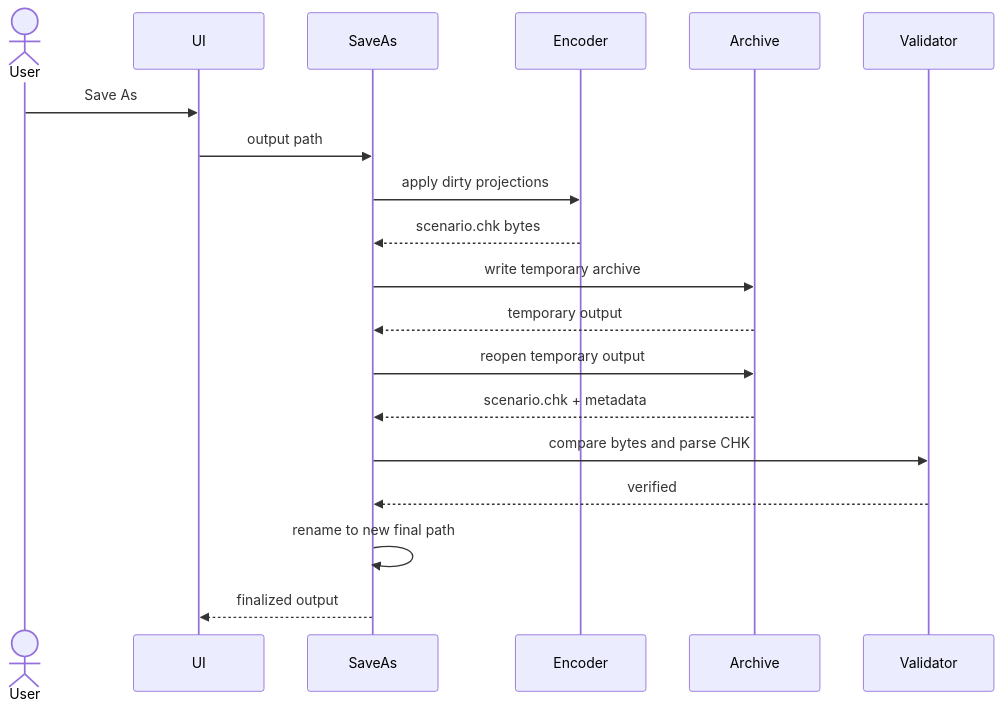
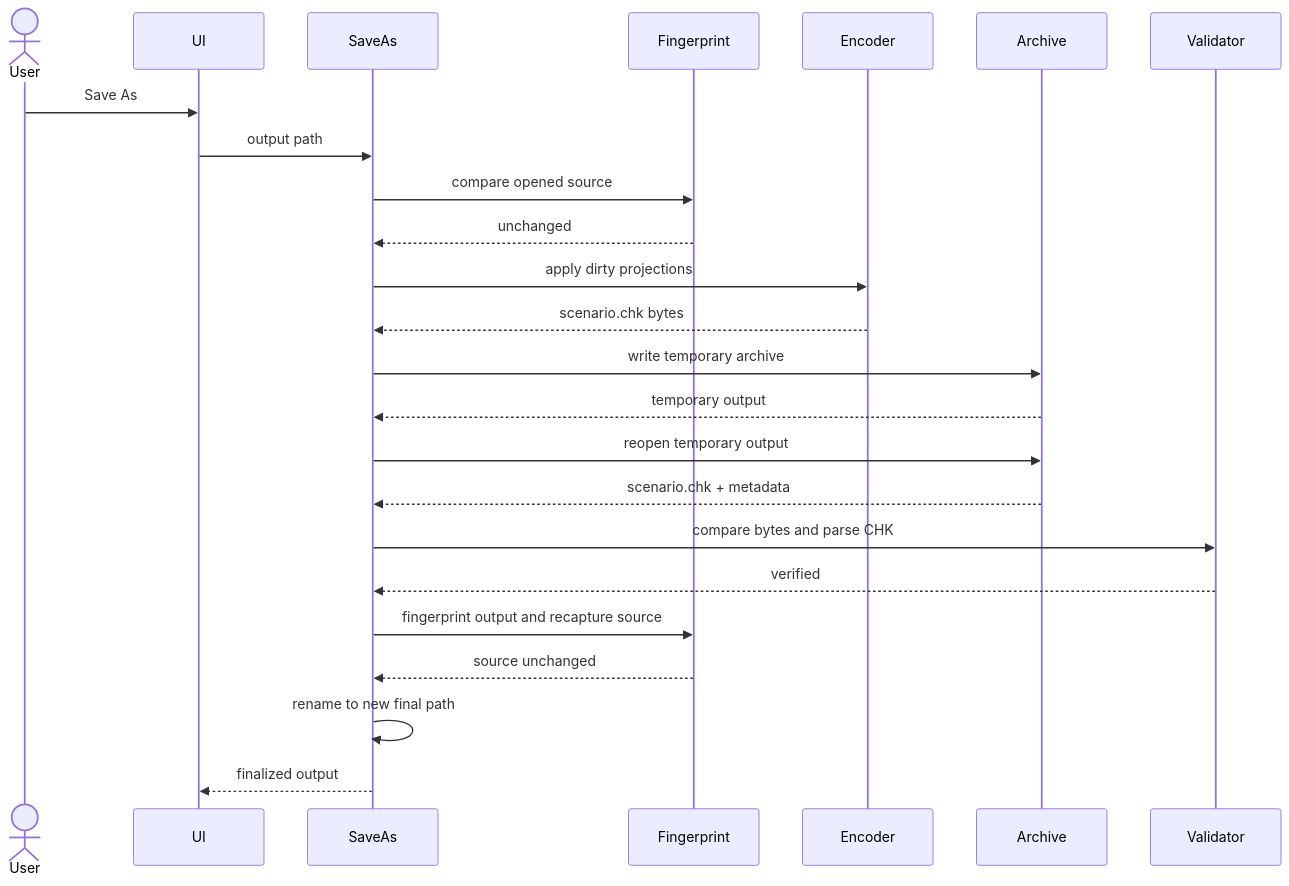
Before and after one commit to blackvrice/starcraft_map_editor: the fourth of 4 diagrams in docs/ARCHITECTURE.md, drawn with Mermaid. The commit also changed other lines of this file and 16 other files, not shown here.

````diff
--- a/docs/ARCHITECTURE.md
+++ b/docs/ARCHITECTURE.md
@@ -321,22 +344,27 @@
 ```mermaid
 sequenceDiagram
     actor User
     participant UI
     participant SaveAs
+    participant Fingerprint
     participant Encoder
     participant Archive
     participant Validator
 
     User->>UI: Save As
     UI->>SaveAs: output path
+    SaveAs->>Fingerprint: compare opened source
+    Fingerprint-->>SaveAs: unchanged
     SaveAs->>Encoder: apply dirty projections
     Encoder-->>SaveAs: scenario.chk bytes
     SaveAs->>Archive: write temporary archive
     Archive-->>SaveAs: temporary output
     SaveAs->>Archive: reopen temporary output
     Archive-->>SaveAs: scenario.chk + metadata
     SaveAs->>Validator: compare bytes and parse CHK
     Validator-->>SaveAs: verified
+    SaveAs->>Fingerprint: fingerprint output and recapture source
+    Fingerprint-->>SaveAs: source unchanged
     SaveAs->>SaveAs: rename to new final path
     SaveAs-->>UI: finalized output
 ```
````
